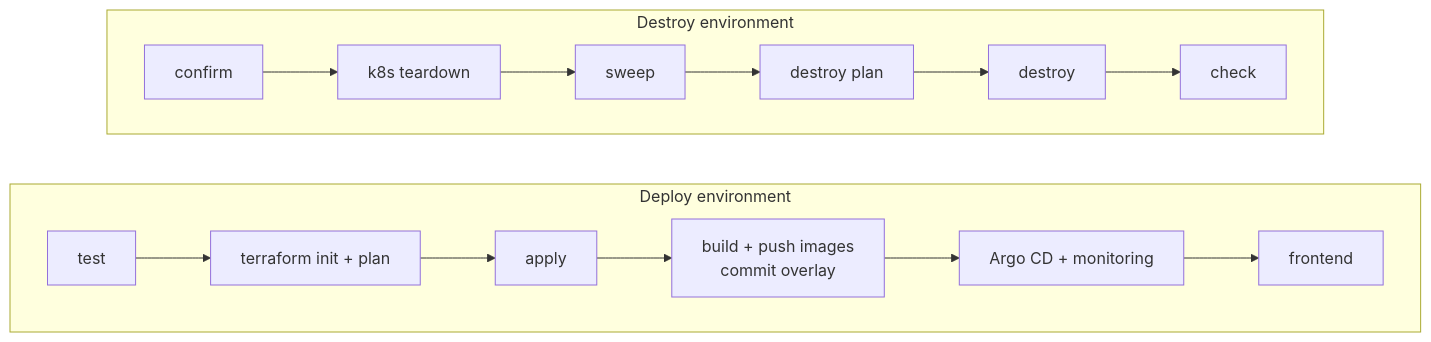
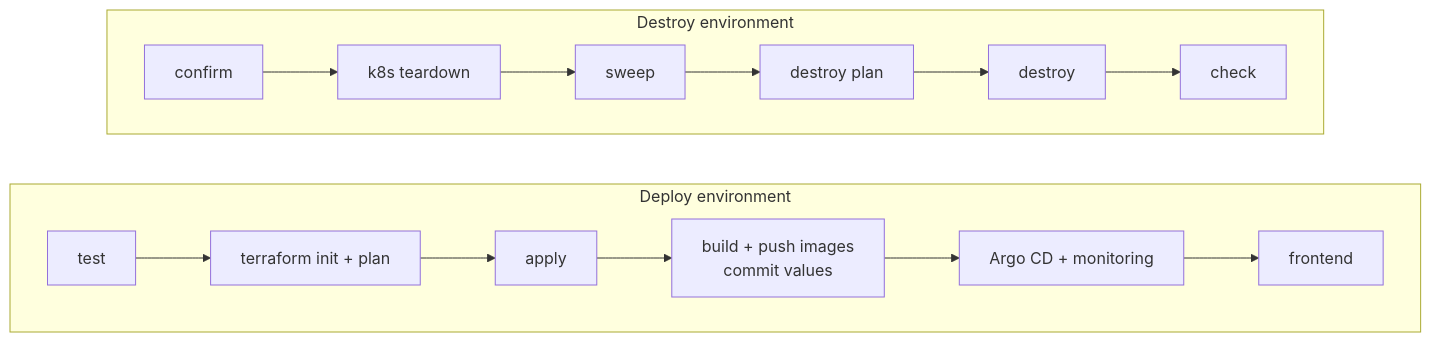
The second of 2 diagrams in README.md (bawantha395/workshop-stock-management-system-mlops), drawn with Mermaid before and after one commit. The commit also changed other lines of this file and 720 other files, not shown here.

````diff
--- a/README.md
+++ b/README.md
@@ -85,11 +85,11 @@
 ```mermaid
 flowchart LR
   subgraph deploy.yml [Deploy environment]
     direction LR
-    t[test] --> p[terraform init + plan] --> a[apply] --> r[build + push images<br/>commit overlay] --> k[Argo CD + monitoring] --> f[frontend]
+    t[test] --> p[terraform init + plan] --> a[apply] --> r[build + push images<br/>commit values] --> k[Argo CD + monitoring] --> f[frontend]
   end
   subgraph destroy.yml [Destroy environment]
     direction LR
     c[confirm] --> td[k8s teardown] --> s[sweep] --> dp[destroy plan] --> d[destroy] --> ch[check]
   end
 ```
````
